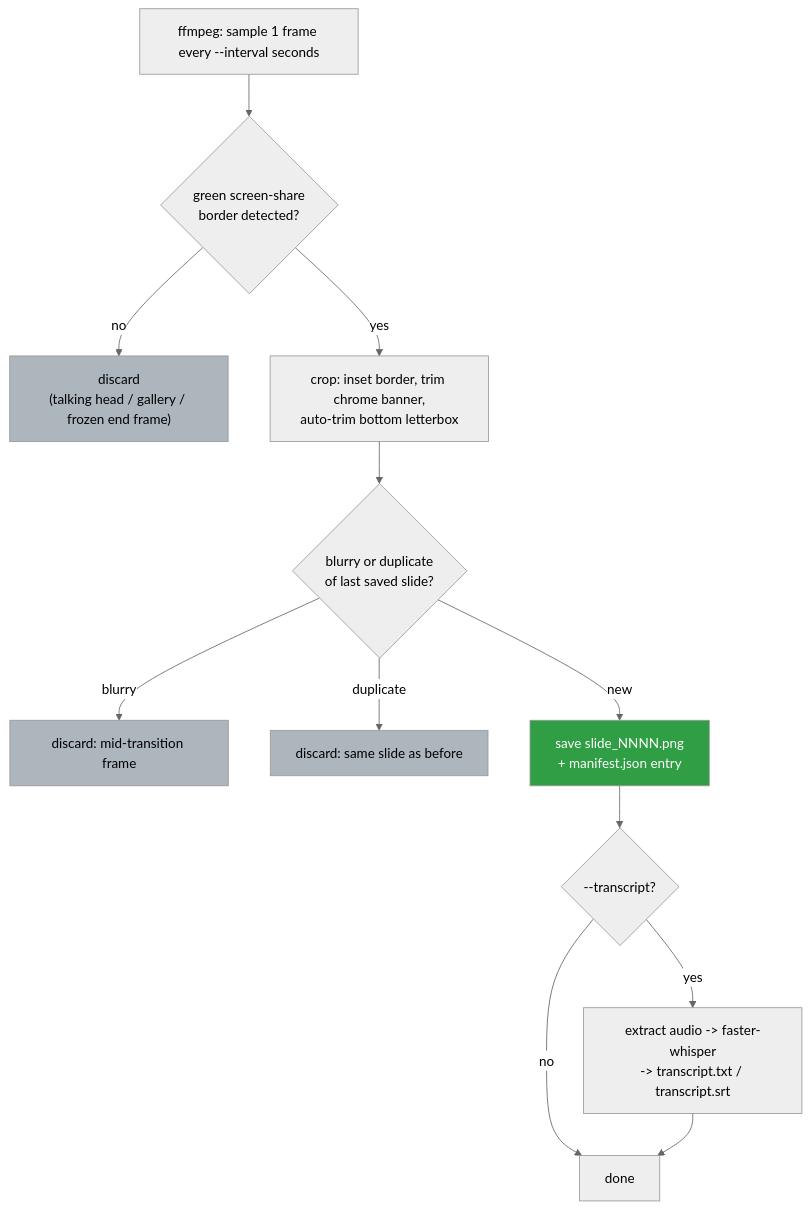
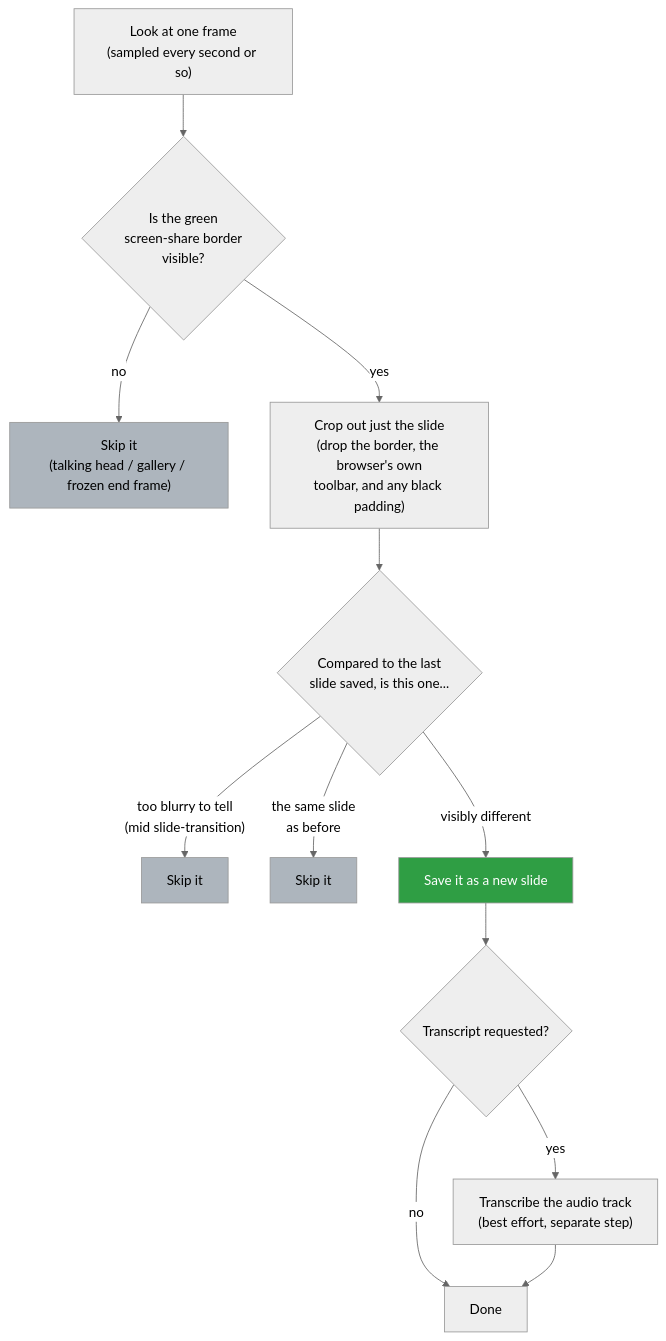
The second of 2 diagrams in meeting_recording_to_ppt/README.md (marcelpetrick/codingWithGPT), drawn with Mermaid (neutral theme) before and after one commit. The commit also changed other lines of this file, not shown here.

First line of the commit message:
docs(meeting-recording-to-ppt): make the README workflow diagram approachable

````diff
--- a/meeting_recording_to_ppt/README.md
+++ b/meeting_recording_to_ppt/README.md
@@ -13,19 +33,19 @@
 ```mermaid
 flowchart TD
-    A["ffmpeg: sample 1 frame every --interval seconds"] --> B{"green screen-share<br/>border detected?"}
-    B -- "no" --> D["discard<br/>(talking head / gallery / frozen end frame)"]
-    B -- "yes" --> E["crop: inset border, trim chrome banner,<br/>auto-trim bottom letterbox"]
-    E --> F{"blurry or duplicate<br/>of last saved slide?"}
-    F -- "blurry" --> G["discard: mid-transition frame"]
-    F -- "duplicate" --> H["discard: same slide as before"]
-    F -- "new" --> I["save slide_NNNN.png<br/>+ manifest.json entry"]
-    I --> J{"--transcript?"}
-    J -- "yes" --> K["extract audio -> faster-whisper<br/>-> transcript.txt / transcript.srt"]
-    J -- "no" --> L["done"]
+    A["Look at one frame<br/>(sampled every second or so)"] --> B{"Is the green<br/>screen-share border<br/>visible?"}
+    B -- "no" --> D["Skip it<br/>(talking head / gallery / frozen end frame)"]
+    B -- "yes" --> E["Crop out just the slide<br/>(drop the border, the browser's own<br/>toolbar, and any black padding)"]
+    E --> F{"Compared to the last<br/>slide saved, is this one..."}
+    F -- "too blurry to tell<br/>(mid slide-transition)" --> G["Skip it"]
+    F -- "the same slide<br/>as before" --> H["Skip it"]
+    F -- "visibly different" --> I["Save it as a new slide"]
+    I --> J{"Transcript requested?"}
+    J -- "yes" --> K["Transcribe the audio track<br/>(best effort, separate step)"]
+    J -- "no" --> L["Done"]
     K --> L
 
     style I fill:#2f9e44,color:#fff
     style D fill:#adb5bd,color:#000
     style G fill:#adb5bd,color:#000
     style H fill:#adb5bd,color:#000
 ```
````
